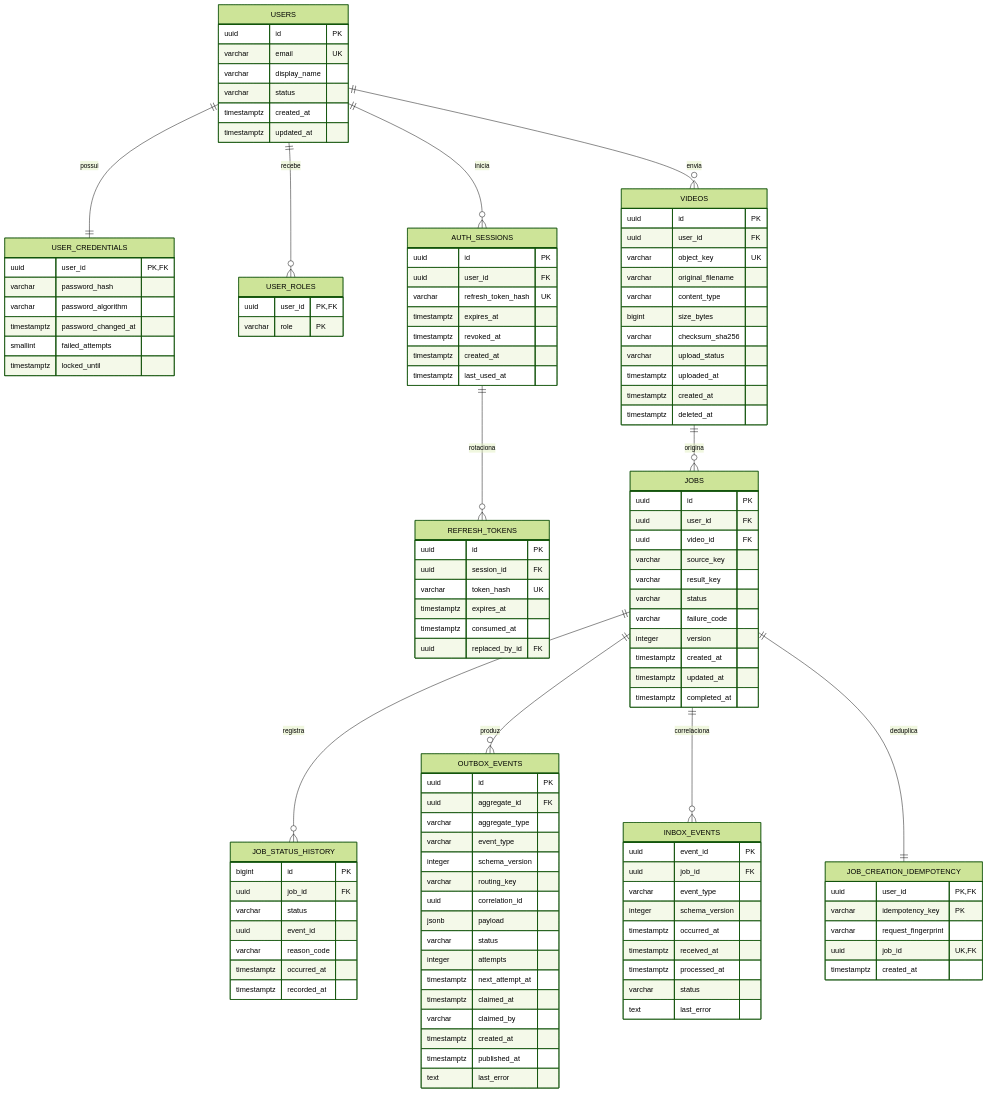
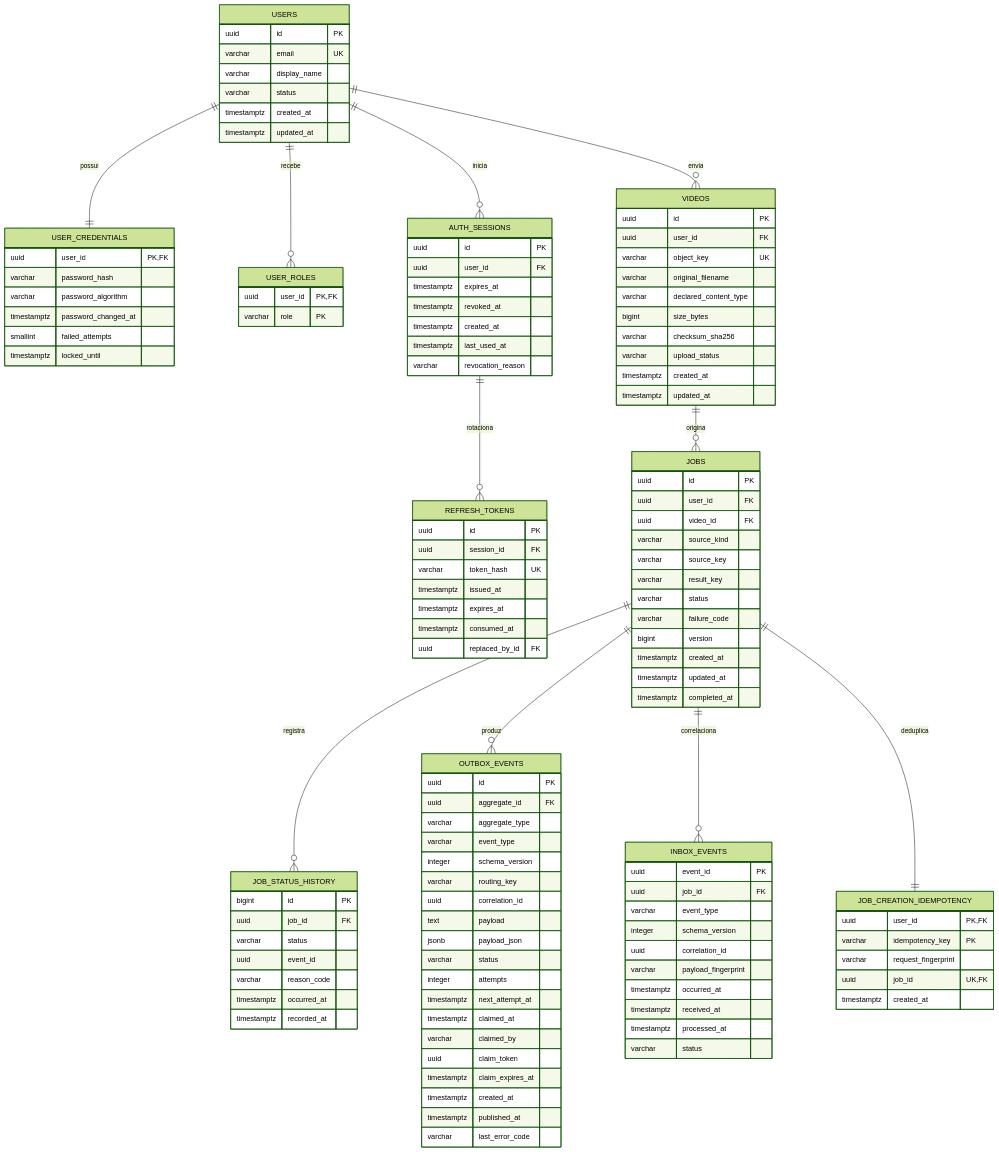
One commit to fiap-postech-team/fiapx-video-platform changed the diagram in docs/architecture/video-api-database.md. Above: the diagram before and after it, drawn with Mermaid (forest theme). The commit also changed other lines of this file and 6 other files, not shown here.

```diff
--- a/docs/architecture/video-api-database.md
+++ b/docs/architecture/video-api-database.md
@@ -52,17 +53,18 @@
     AUTH_SESSIONS {
         uuid id PK
         uuid user_id FK
-        varchar refresh_token_hash UK
         timestamptz expires_at
         timestamptz revoked_at
         timestamptz created_at
         timestamptz last_used_at
+        varchar revocation_reason
     }
 
     REFRESH_TOKENS {
         uuid id PK
         uuid session_id FK
         varchar token_hash UK
+        timestamptz issued_at
         timestamptz expires_at
         timestamptz consumed_at
         uuid replaced_by_id FK
@@ -73,24 +75,24 @@
         uuid user_id FK
         varchar object_key UK
         varchar original_filename
-        varchar content_type
+        varchar declared_content_type
         bigint size_bytes
         varchar checksum_sha256
         varchar upload_status
-        timestamptz uploaded_at
         timestamptz created_at
-        timestamptz deleted_at
+        timestamptz updated_at
     }
 
     JOBS {
         uuid id PK
         uuid user_id FK
         uuid video_id FK
+        varchar source_kind
         varchar source_key
         varchar result_key
         varchar status
         varchar failure_code
-        integer version
+        bigint version
         timestamptz created_at
         timestamptz updated_at
         timestamptz completed_at
@@ -114,15 +116,18 @@
         integer schema_version
         varchar routing_key
         uuid correlation_id
-        jsonb payload
+        text payload
+        jsonb payload_json
         varchar status
         integer attempts
         timestamptz next_attempt_at
         timestamptz claimed_at
         varchar claimed_by
+        uuid claim_token
+        timestamptz claim_expires_at
         timestamptz created_at
         timestamptz published_at
-        text last_error
+        varchar last_error_code
     }
 
     INBOX_EVENTS {
@@ -130,11 +135,12 @@
         uuid job_id FK
         varchar event_type
         integer schema_version
+        uuid correlation_id
+        varchar payload_fingerprint
         timestamptz occurred_at
         timestamptz received_at
         timestamptz processed_at
         varchar status
-        text last_error
     }
 
     JOB_CREATION_IDEMPOTENCY {
```
